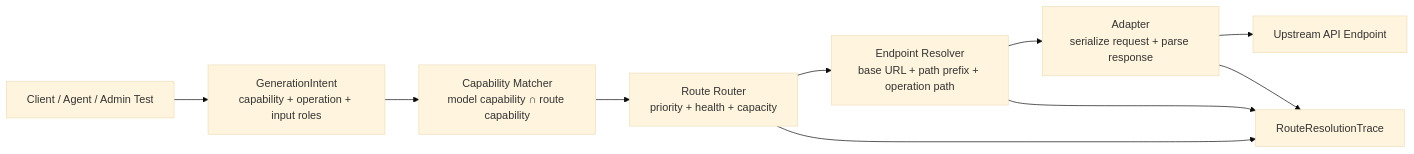
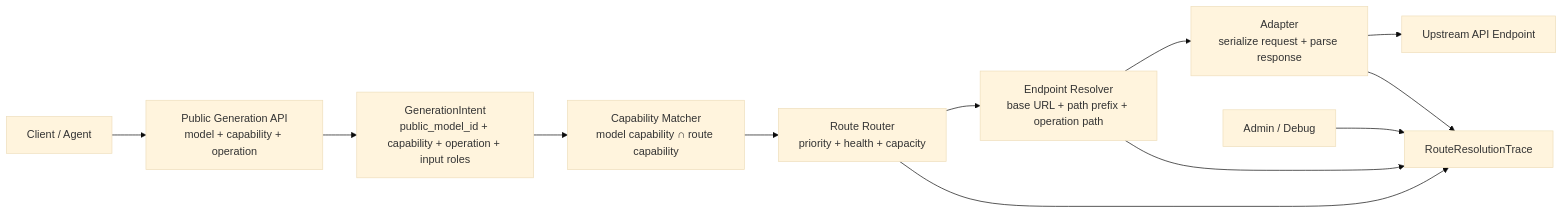
One commit to movscript/movscript changed the diagram in docs/model-routing-adapter-refactor-plan.zh-CN.md. Above: the diagram before and after it, drawn with Mermaid (base theme). The commit also changed other lines of this file and 229 other files, not shown here.

````diff
--- a/docs/model-routing-adapter-refactor-plan.zh-CN.md
+++ b/docs/model-routing-adapter-refactor-plan.zh-CN.md
@@ -73,12 +81,14 @@
 ```mermaid
 flowchart LR
-  Client["Client / Agent / Admin Test"] --> Intent["GenerationIntent<br/>capability + operation + input roles"]
+  Client["Client / Agent"] --> PublicContract["Public Generation API<br/>model + capability + operation"]
+  PublicContract --> Intent["GenerationIntent<br/>public_model_id + capability + operation + input roles"]
   Intent --> Matcher["Capability Matcher<br/>model capability ∩ route capability"]
   Matcher --> Router["Route Router<br/>priority + health + capacity"]
   Router --> Endpoint["Endpoint Resolver<br/>base URL + path prefix + operation path"]
   Endpoint --> Adapter["Adapter<br/>serialize request + parse response"]
   Adapter --> Upstream["Upstream API Endpoint"]
-  Router --> Trace["RouteResolutionTrace"]
+  Admin["Admin / Debug"] --> Trace["RouteResolutionTrace"]
+  Router --> Trace
   Endpoint --> Trace
   Adapter --> Trace
 ```
````
